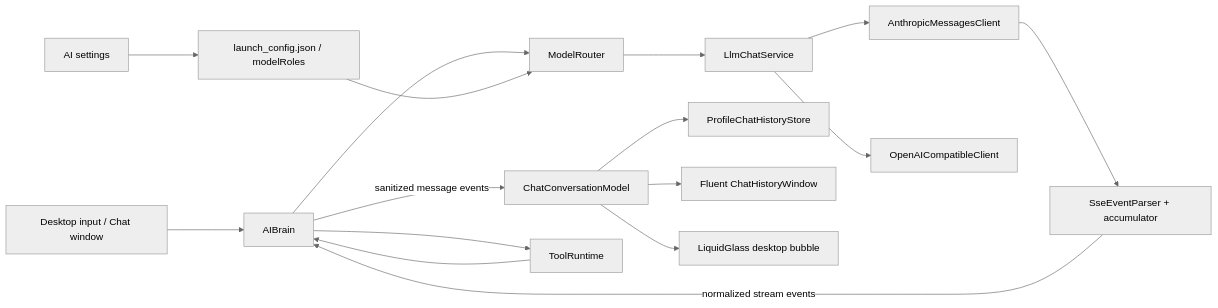
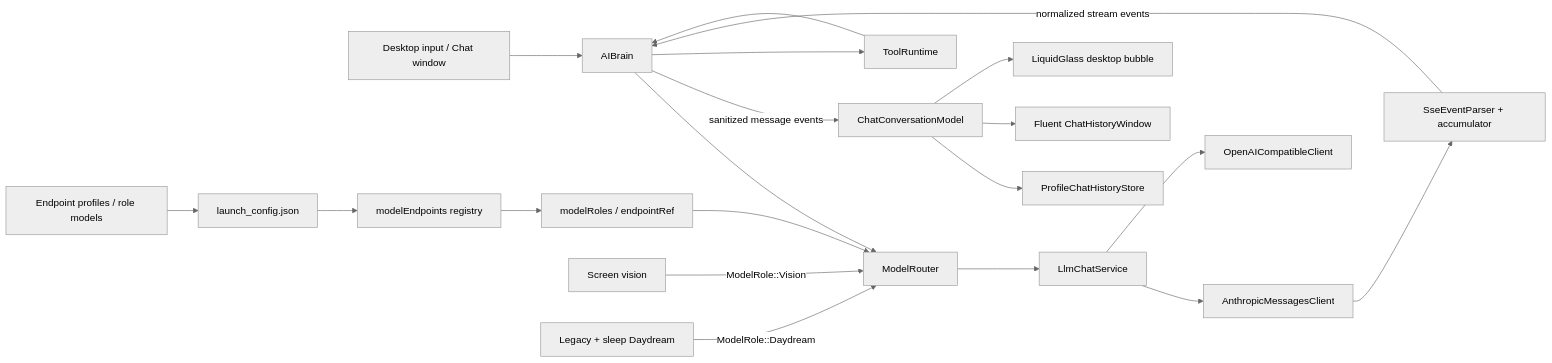
The first of 3 diagrams in .evo/tasks/chat-streaming-ui-redesign/桌宠流式聊天与Fluent界面重构-桌面端系分.md (Inoriac/DesktopPet), drawn with Mermaid (neutral theme) before and after one commit. The commit also changed other lines of this file and 20 other files, not shown here.

Commit message:
feat(config): add role-scoped model endpoints

````diff
--- a/.evo/tasks/chat-streaming-ui-redesign/桌宠流式聊天与Fluent界面重构-桌面端系分.md
+++ b/.evo/tasks/chat-streaming-ui-redesign/桌宠流式聊天与Fluent界面重构-桌面端系分.md
@@ -147,18 +151,22 @@
 ```mermaid
 flowchart LR
     UI[Desktop input / Chat window] --> Brain[AIBrain]
     Brain --> Router[ModelRouter]
     Router --> Service[LlmChatService]
     Service --> Anthropic[AnthropicMessagesClient]
     Service --> OpenAI[OpenAICompatibleClient]
     Anthropic --> SSE[SseEventParser + accumulator]
     SSE -->|normalized stream events| Brain
     Brain -->|sanitized message events| Model[ChatConversationModel]
     Brain --> Tools[ToolRuntime]
     Tools --> Brain
     Model --> Store[ProfileChatHistoryStore]
     Model --> Window[Fluent ChatHistoryWindow]
     Model --> Bubble[LiquidGlass desktop bubble]
-    Launcher[AI settings] --> Config[launch_config.json / modelRoles]
-    Config --> Router
+    Launcher[Endpoint profiles / role models] --> Config[launch_config.json]
+    Config --> Endpoints[modelEndpoints registry]
+    Endpoints --> Roles[modelRoles / endpointRef]
+    Roles --> Router
+    Vision[Screen vision] -->|ModelRole::Vision| Router
+    Daydream[Legacy + sleep Daydream] -->|ModelRole::Daydream| Router
 ```
````
